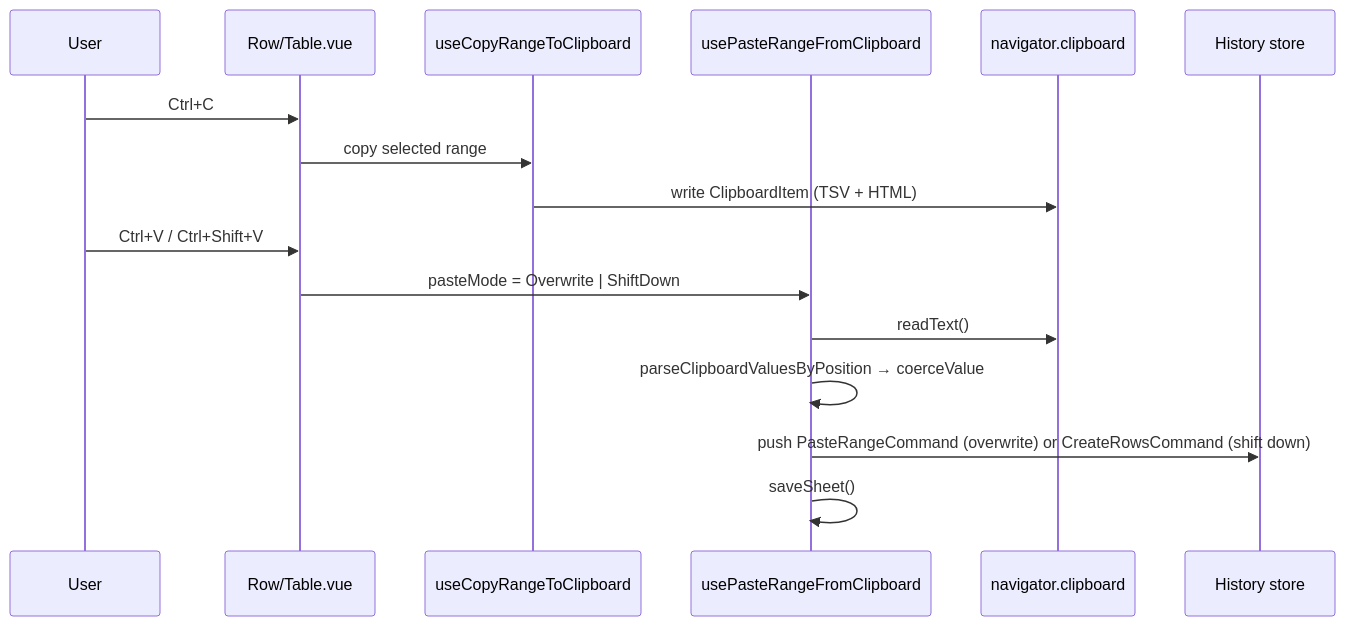
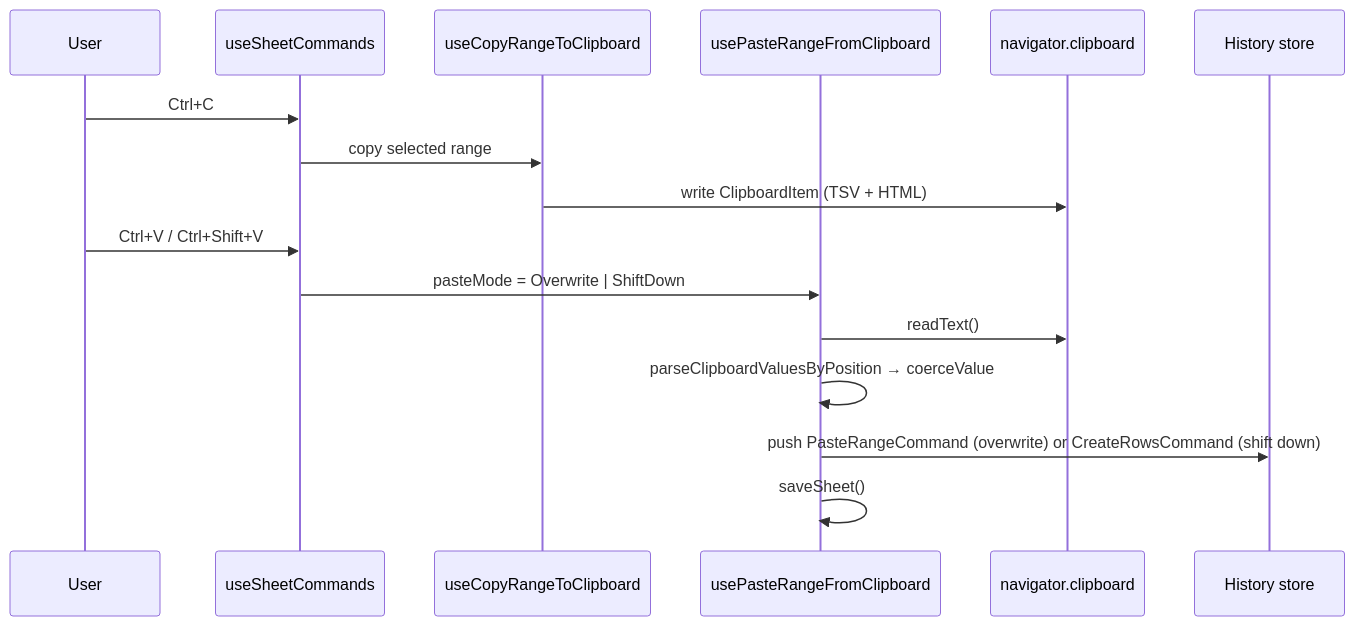
One commit to Esposter/Esposter changed the diagram in apps/web/content/docs/resource/sheet/clipboard.md. Above: the diagram before and after it, drawn with Mermaid. The commit also changed other lines of this file and 22 other files, not shown here.

````diff
--- a/apps/web/content/docs/resource/sheet/clipboard.md
+++ b/apps/web/content/docs/resource/sheet/clipboard.md
@@ -25,19 +25,19 @@
 ```mermaid
 sequenceDiagram
   participant U as User
-  participant T as Row/Table.vue
+  participant T as useSheetCommands
   participant CP as useCopyRangeToClipboard
   participant PP as usePasteRangeFromClipboard
   participant CB as navigator.clipboard
   participant H as History store
 
   U->>T: Ctrl+C
   T->>CP: copy selected range
   CP->>CB: write ClipboardItem (TSV + HTML)
   U->>T: Ctrl+V / Ctrl+Shift+V
   T->>PP: pasteMode = Overwrite | ShiftDown
   PP->>CB: readText()
   PP->>PP: parseClipboardValuesByPosition → coerceValue
   PP->>H: push PasteRangeCommand (overwrite) or CreateRowsCommand (shift down)
   PP->>PP: saveSheet()
 ```
````
